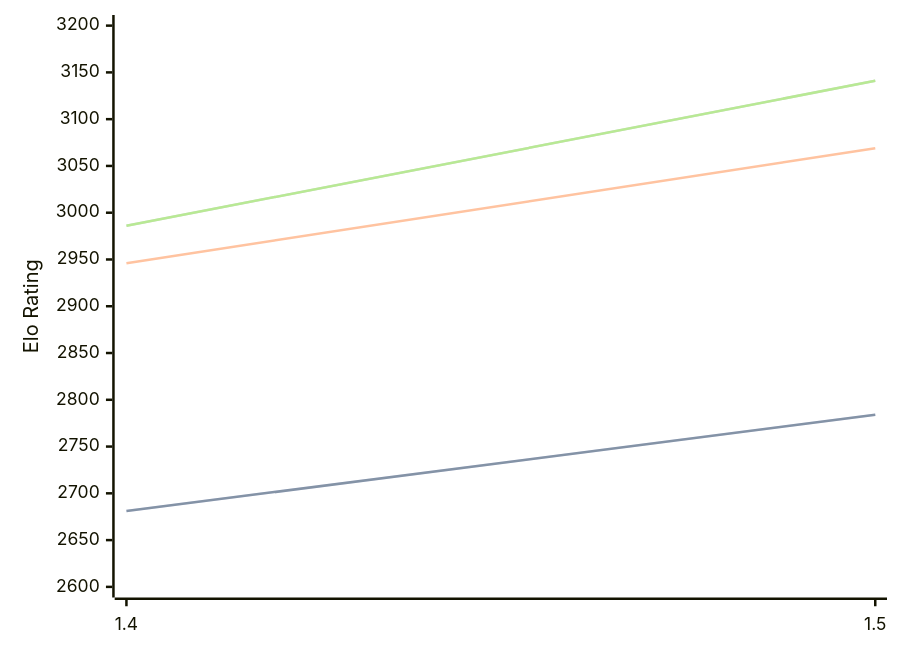
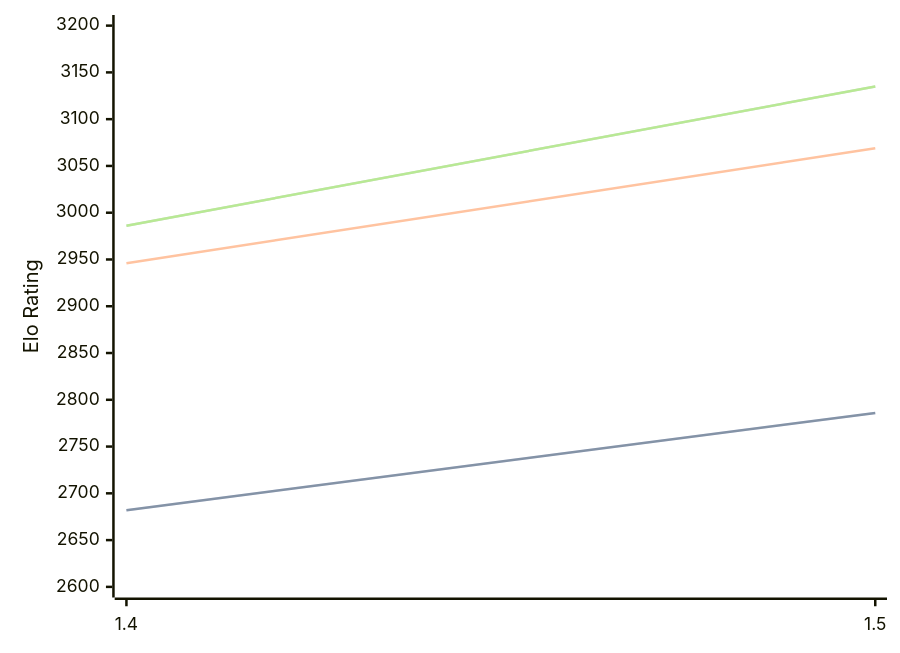
Before and after one commit to computer-chess-index/cci: the diagram in engines/Yakka.md, drawn with Mermaid. The commit also changed other lines of this file, not shown here.

Commit message:
Update CCI Ratings (ELO VLTC) - 2026-03-27

````diff
--- a/engines/Yakka.md
+++ b/engines/Yakka.md
@@ -36,11 +36,11 @@
 ```mermaid
 %%{init: {"theme":"base","themeVariables":{"seriesColors:['#a3a3a3','#222221','#faa371']}}}%%
 xychart-beta
   x-axis ["1.4", "1.5"]
   y-axis "Elo Rating" 2600 --> 3200
-  line "STC (8.0+0.08s)" [2681, 2784]
-  line "STC (8.0+0.08s)" [2681, 2784]
+  line "STC (8.0+0.08s)" [2682, 2786]
+  line "STC (8.0+0.08s)" [2682, 2786]
   line "LTC (60.0+0.60s)" [2946, 3069]
-  line "VLTC (2m24s+1.12s)" [2986, 3141]
-  line "VLTC (2m24s+1.12s)" [2986, 3141]
+  line "VLTC (2m24s+1.12s)" [2986, 3135]
+  line "VLTC (2m24s+1.12s)" [2986, 3135]
 ```
````
